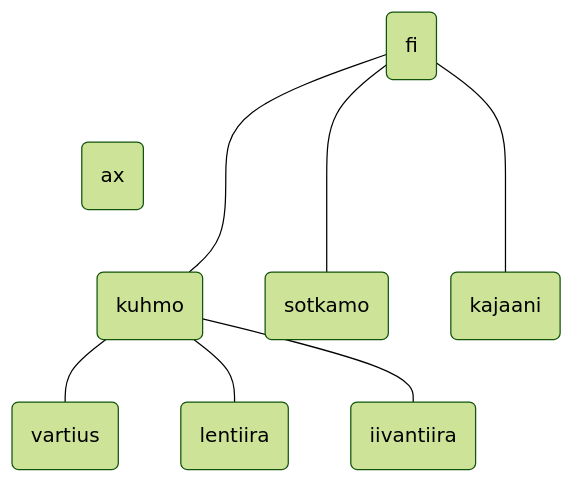
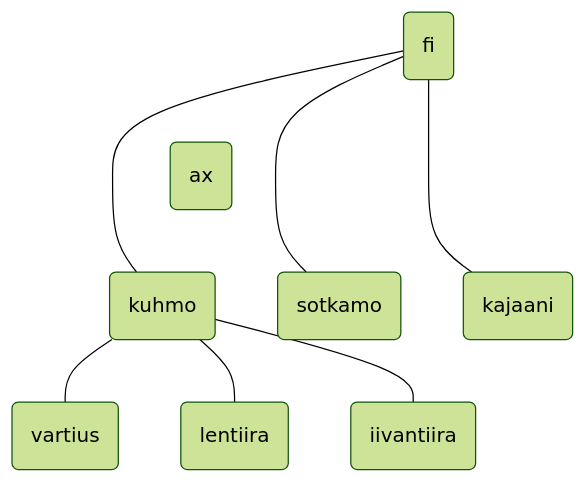
The diagram in README.md (phdonner/verkkotunnus), drawn with Mermaid before and after one commit.

````diff
--- a/README.md
+++ b/README.md
@@ -9,11 +9,13 @@
 ```mermaid
 %%{init: {'theme':'forest'}}%%
 flowchart BT
    A(vartius)  --- D
    B(lentiira)   --- D
    C(iivantiira) --- D
    D(kuhmo)   ---- F(fi)
    E(sotkamo) ---- F(fi)
    G(kajaani) ---- F(fi)
    D(kuhmo)   ~~~ H(ax)
+   E(sotkamo) ~~~ F(fi)
+   G(kajaani) ~~~ F(fi)
 ```
````
